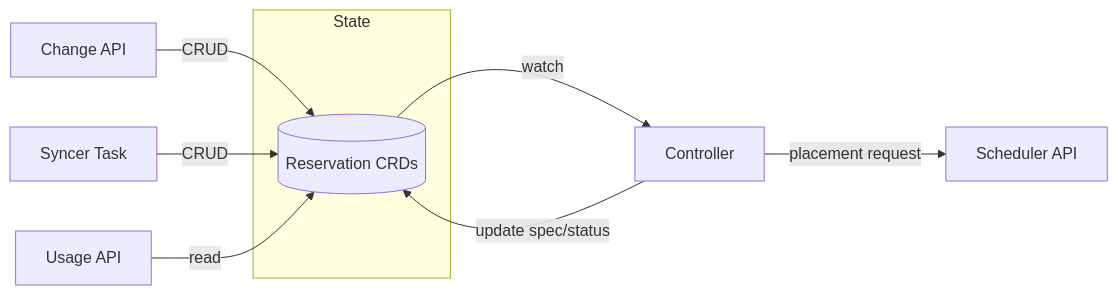
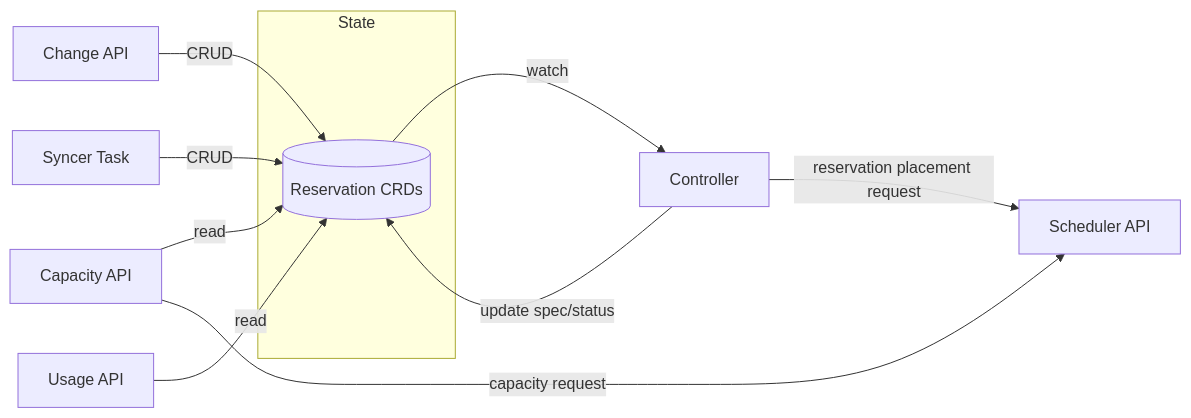
Before and after one commit to cobaltcore-dev/cortex: the first of 2 diagrams in docs/reservations/committed-resource-reservations.md, drawn with Mermaid. The commit also changed other lines of this file, not shown here.

````diff
--- a/docs/reservations/committed-resource-reservations.md
+++ b/docs/reservations/committed-resource-reservations.md
@@ -53,19 +38,22 @@
 ```mermaid
 flowchart LR
     subgraph State
         Res[(Reservation CRDs)]
     end
     
+    Syncer[Syncer Task]
     ChangeAPI[Change API]
+    CapacityAPI[Capacity API]
+    Controller[Controller]
     UsageAPI[Usage API]
-    Syncer[Syncer Task]
-    Controller[Controller]
     Scheduler[Scheduler API]
     
     ChangeAPI -->|CRUD| Res
     Syncer -->|CRUD| Res
     UsageAPI -->|read| Res
+    CapacityAPI -->|read| Res
+    CapacityAPI -->|capacity request| Scheduler
     Res -->|watch| Controller
     Controller -->|update spec/status| Res
-    Controller -->|placement request| Scheduler
+    Controller -->|reservation placement request| Scheduler
 ```
````
